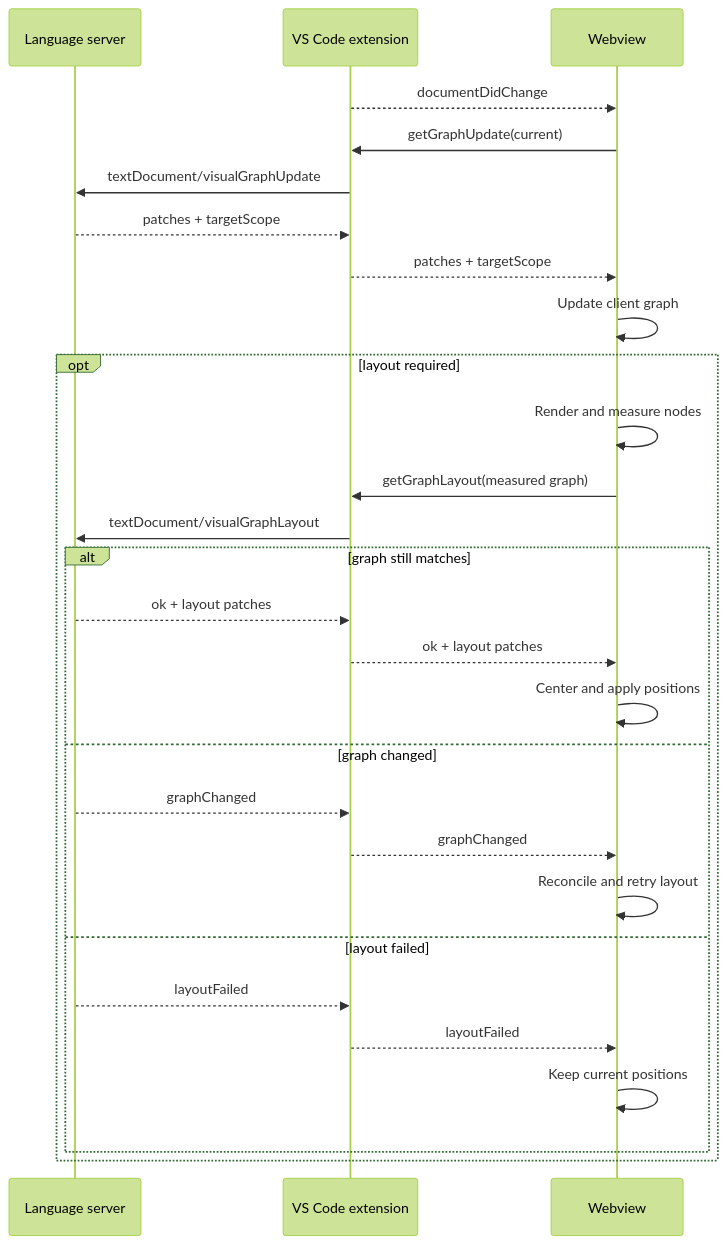
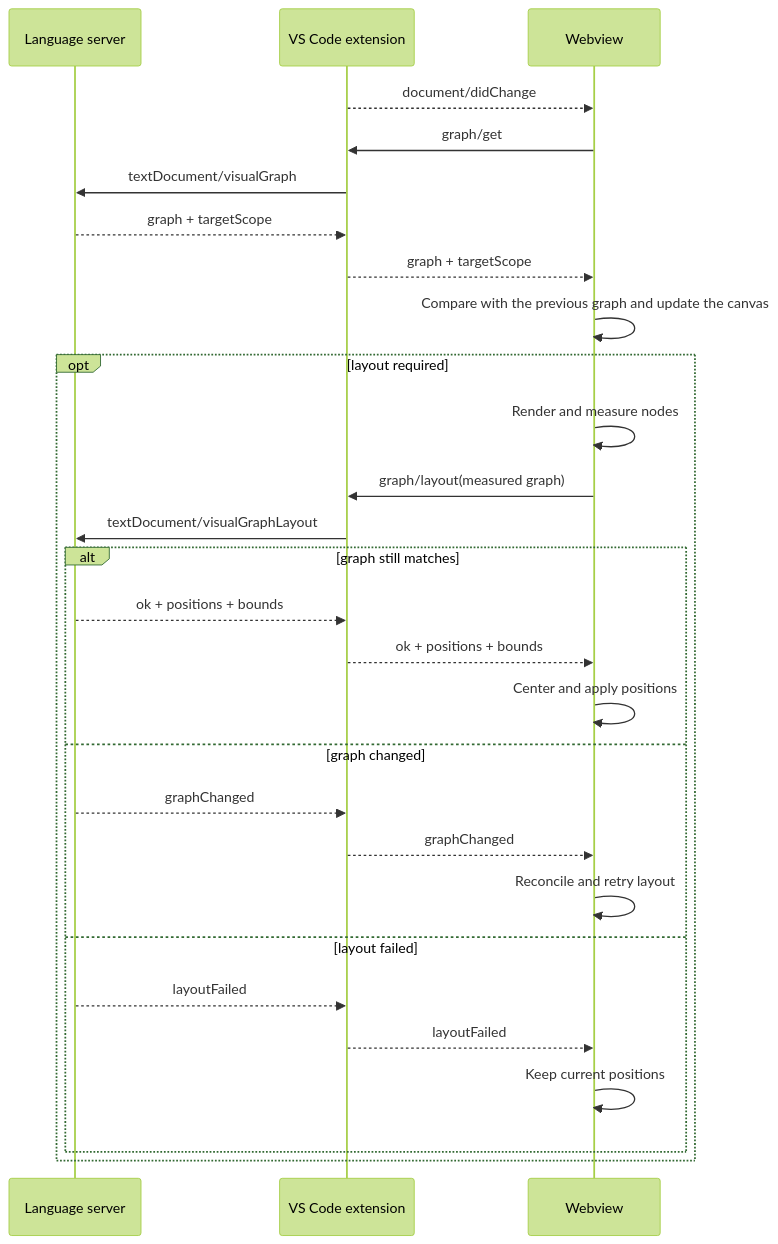
One commit to Azure/bicep changed the first of 2 diagrams in src/vscode-bicep-ui/apps/visual-designer/docs/architecture.md. Above: the diagram before and after it, drawn with Mermaid (forest theme). The commit also changed other lines of this file and 87 other files, not shown here.

````diff
--- a/src/vscode-bicep-ui/apps/visual-designer/docs/architecture.md
+++ b/src/vscode-bicep-ui/apps/visual-designer/docs/architecture.md
@@ -25,32 +25,32 @@
 ```mermaid
 sequenceDiagram
     participant LS as Language server
     participant Ext as VS Code extension
     participant UI as Webview
 
-    Ext-->>UI: documentDidChange
-    UI->>Ext: getGraphUpdate(current)
-    Ext->>LS: textDocument/visualGraphUpdate
-    LS-->>Ext: patches + targetScope
-    Ext-->>UI: patches + targetScope
-    UI->>UI: Update client graph
+    Ext-->>UI: document/didChange
+    UI->>Ext: graph/get
+    Ext->>LS: textDocument/visualGraph
+    LS-->>Ext: graph + targetScope
+    Ext-->>UI: graph + targetScope
+    UI->>UI: Compare with the previous graph and update the canvas
 
     opt layout required
         UI->>UI: Render and measure nodes
-        UI->>Ext: getGraphLayout(measured graph)
+        UI->>Ext: graph/layout(measured graph)
         Ext->>LS: textDocument/visualGraphLayout
         alt graph still matches
-            LS-->>Ext: ok + layout patches
-            Ext-->>UI: ok + layout patches
+            LS-->>Ext: ok + positions + bounds
+            Ext-->>UI: ok + positions + bounds
             UI->>UI: Center and apply positions
         else graph changed
             LS-->>Ext: graphChanged
             Ext-->>UI: graphChanged
             UI->>UI: Reconcile and retry layout
         else layout failed
             LS-->>Ext: layoutFailed
             Ext-->>UI: layoutFailed
             UI->>UI: Keep current positions
         end
     end
 ```
````
